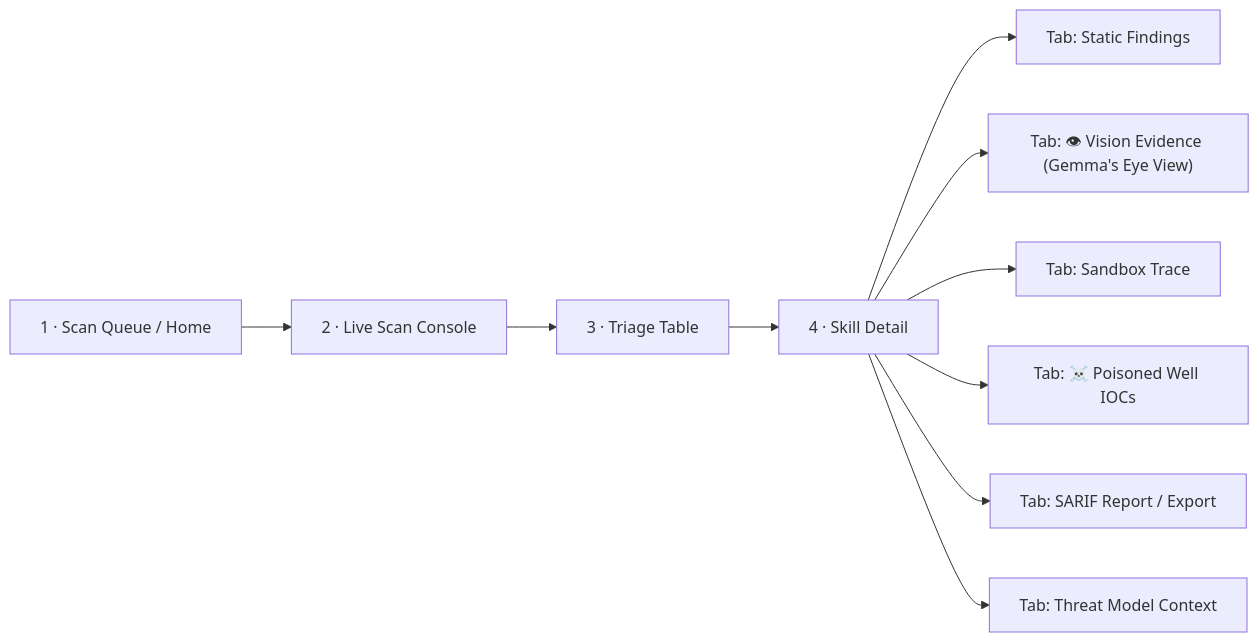
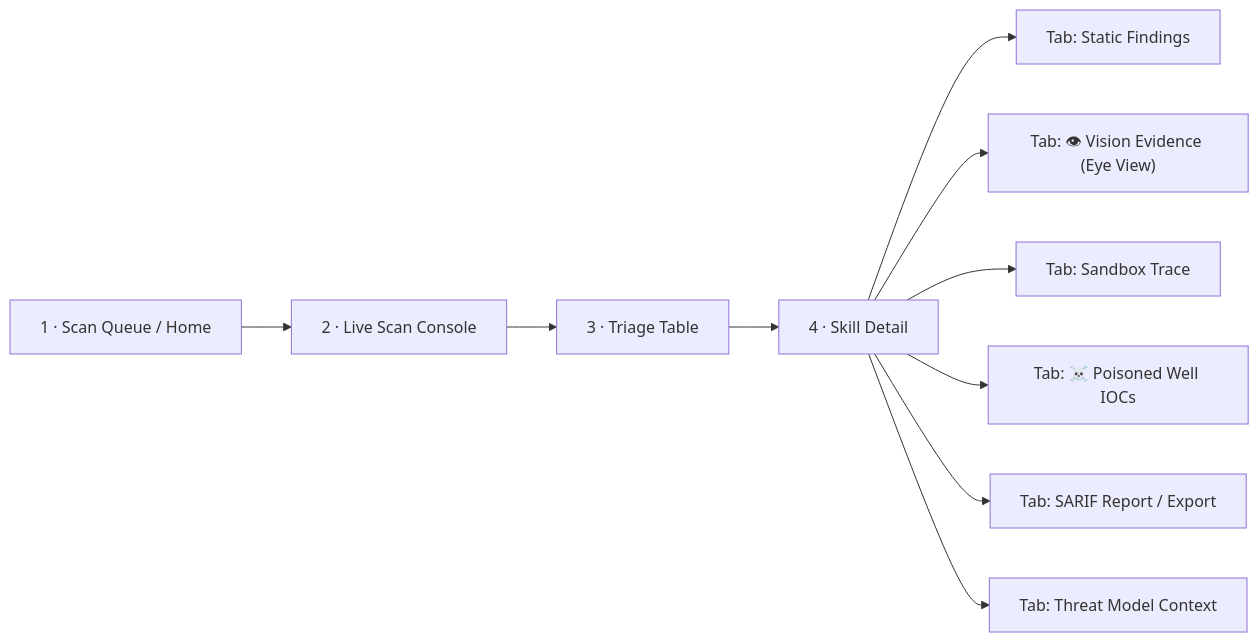
Before and after one commit to EmberPhantom/SkillSentry: the diagram in docs/06-ui-ux.md, drawn with Mermaid. The commit also changed other lines of this file and 11 other files, not shown here.

````diff
--- a/docs/06-ui-ux.md
+++ b/docs/06-ui-ux.md
@@ -22,12 +22,12 @@
 ```mermaid
 flowchart LR
     A["1 · Scan Queue / Home"] --> B["2 · Live Scan Console"]
     B --> C["3 · Triage Table"]
     C --> D["4 · Skill Detail"]
     D --> D1["Tab: Static Findings"]
-    D --> D2["Tab: 👁 Vision Evidence (Gemma's Eye View)"]
+    D --> D2["Tab: 👁 Vision Evidence (Eye View)"]
     D --> D3["Tab: Sandbox Trace"]
     D --> D4["Tab: ☠️ Poisoned Well IOCs"]
     D --> D5["Tab: SARIF Report / Export"]
     D --> D6["Tab: Threat Model Context"]
 ```
````
